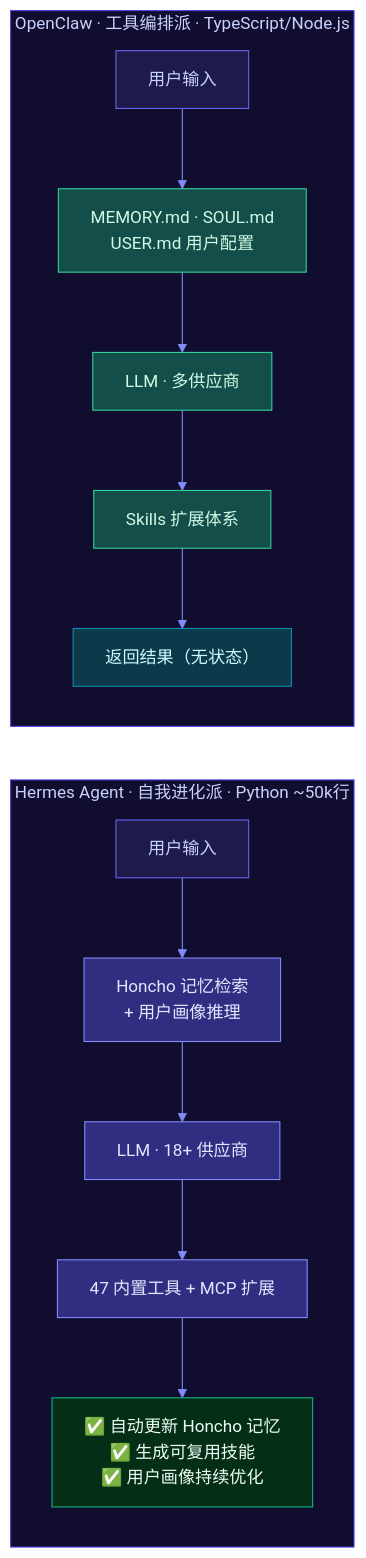
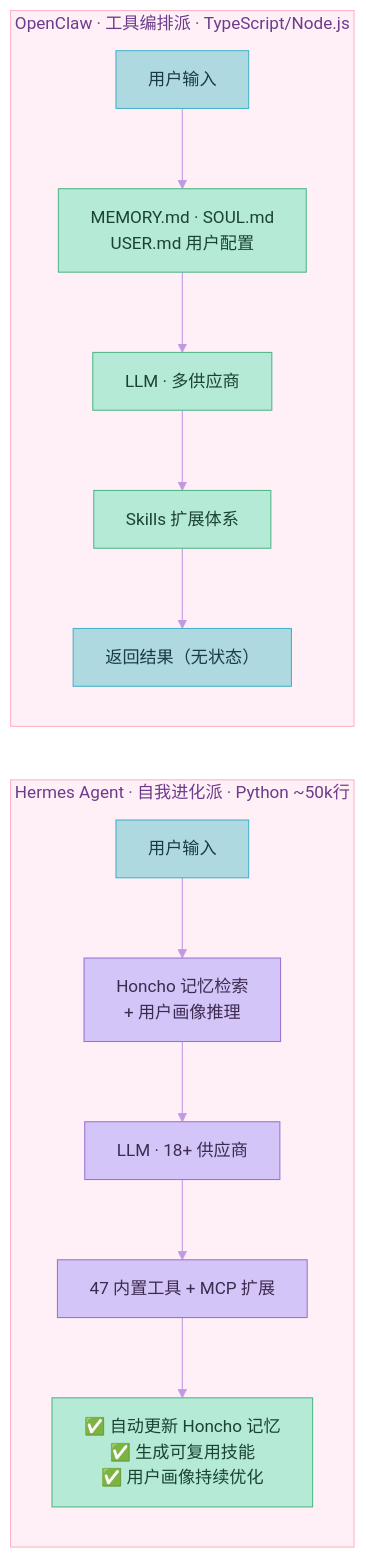
The eighth of 10 diagrams in source/_posts/2026-04-13-hermes-agent深度完全解读.md (xuqi2024/xuqi2024.github.io), drawn with Mermaid before and after one commit. The commit also changed other lines of this file and 3 other files, not shown here.

First line of the commit message:
style: 将所有 Mermaid 图表配色改为马卡龙色系，修复节点换行显示

````diff
--- a/source/_posts/2026-04-13-hermes-agent深度完全解读.md
+++ b/source/_posts/2026-04-13-hermes-agent深度完全解读.md
@@ -513,29 +513,29 @@
 ```mermaid
-%%{init: {'theme': 'base', 'themeVariables': {'primaryColor': '#1e1b4b', 'primaryTextColor': '#e0e7ff', 'primaryBorderColor': '#818cf8', 'lineColor': '#818cf8', 'secondaryColor': '#2e1065', 'tertiaryColor': '#0c3a4a', 'background': '#0a0914', 'mainBkg': '#1e1b4b', 'nodeBorder': '#818cf8', 'clusterBkg': '#110d2e', 'clusterBorder': '#4f46e5', 'titleColor': '#c7d2fe', 'edgeLabelBackground': '#1e1b4b'}}}%%
+%%{init: {'theme': 'base', 'themeVariables': {'primaryColor': '#FFB3C1', 'primaryTextColor': '#4A1942', 'primaryBorderColor': '#FF85A1', 'lineColor': '#C299E0', 'secondaryColor': '#C8E6C9', 'tertiaryColor': '#AED9E0', 'background': '#FFF8FB', 'mainBkg': '#FFB3C1', 'nodeBorder': '#FF85A1', 'clusterBkg': '#FFF0F7', 'clusterBorder': '#FFB3C1', 'titleColor': '#6D3B8C', 'edgeLabelBackground': '#FFF8FB'}}}%%
 flowchart LR
-    classDef hermes fill:#312e81,stroke:#818cf8,color:#e0e7ff
-    classDef claw fill:#134e4a,stroke:#34d399,color:#d1fae5
-    classDef input fill:#1e1b4b,stroke:#6366f1,color:#c7d2fe
-    classDef hermes_out fill:#052e16,stroke:#10b981,color:#ecfdf5
-    classDef claw_out fill:#0c3a4a,stroke:#0891b2,color:#cffafe
+    classDef hermes fill:#D4C5F9,stroke:#9B72CF,color:#3D2B4F
+    classDef claw fill:#B5EAD7,stroke:#52B788,color:#1B4332
+    classDef input fill:#AED9E0,stroke:#48B2C8,color:#1A3A4A
+    classDef hermes_out fill:#B5EAD7,stroke:#52B788,color:#1B4332
+    classDef claw_out fill:#AED9E0,stroke:#48B2C8,color:#1A3A4A
 
     subgraph HM["Hermes Agent · 自我进化派 · Python ~50k行"]
         direction TB
         HA["用户输入"]:::input
-        HB["Honcho 记忆检索\n+ 用户画像推理"]:::hermes
+        HB["Honcho 记忆检索<br/>+ 用户画像推理"]:::hermes
         HC2["LLM · 18+ 供应商"]:::hermes
         HD["47 内置工具 + MCP 扩展"]:::hermes
-        HE["✅ 自动更新 Honcho 记忆\n✅ 生成可复用技能\n✅ 用户画像持续优化"]:::hermes_out
+        HE["✅ 自动更新 Honcho 记忆<br/>✅ 生成可复用技能<br/>✅ 用户画像持续优化"]:::hermes_out
         HA --> HB --> HC2 --> HD --> HE
     end
 
     subgraph OC["OpenClaw · 工具编排派 · TypeScript/Node.js"]
         direction TB
         OA["用户输入"]:::input
-        OB["MEMORY.md · SOUL.md\nUSER.md 用户配置"]:::claw
+        OB["MEMORY.md · SOUL.md<br/>USER.md 用户配置"]:::claw
         OC2["LLM · 多供应商"]:::claw
         OD["Skills 扩展体系"]:::claw
         OE["返回结果（无状态）"]:::claw_out
         OA --> OB --> OC2 --> OD --> OE
     end
 ```
````
